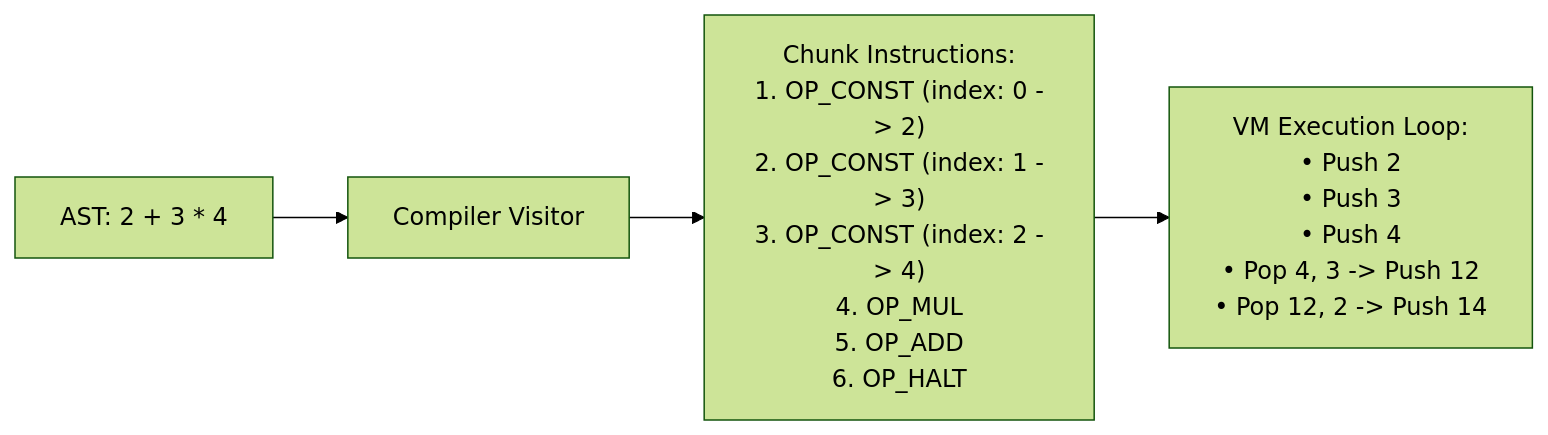
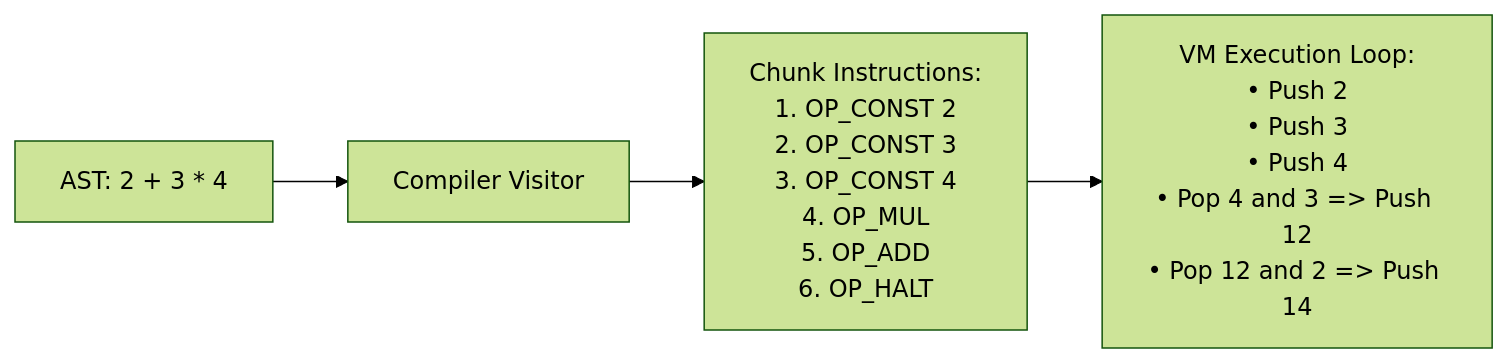
One commit to Humble-Librarian/CHUD changed the fifth of 6 diagrams in ARCHITECTURE.md. Above: the diagram before and after it, drawn with Mermaid (forest theme). The commit also changed other lines of this file, not shown here.

Commit message:
fix(docs): resolve GitHub Mermaid diagram edge and label parsing errors

````diff
--- a/ARCHITECTURE.md
+++ b/ARCHITECTURE.md
@@ -140,6 +140,6 @@
 ```mermaid
 flowchart LR
     SubAST["AST: 2 + 3 * 4"] --> Comp["Compiler Visitor"]
-    Comp --> Chk["Chunk Instructions:\n1. OP_CONST (index: 0 -> 2)\n2. OP_CONST (index: 1 -> 3)\n3. OP_CONST (index: 2 -> 4)\n4. OP_MUL\n5. OP_ADD\n6. OP_HALT"]
-    Chk --> VMExec["VM Execution Loop:\n• Push 2\n• Push 3\n• Push 4\n• Pop 4, 3 -> Push 12\n• Pop 12, 2 -> Push 14"]
+    Comp --> Chk["Chunk Instructions:<br>1. OP_CONST 2<br>2. OP_CONST 3<br>3. OP_CONST 4<br>4. OP_MUL<br>5. OP_ADD<br>6. OP_HALT"]
+    Chk --> VMExec["VM Execution Loop:<br>• Push 2<br>• Push 3<br>• Push 4<br>• Pop 4 and 3 => Push 12<br>• Pop 12 and 2 => Push 14"]
 ```
````
